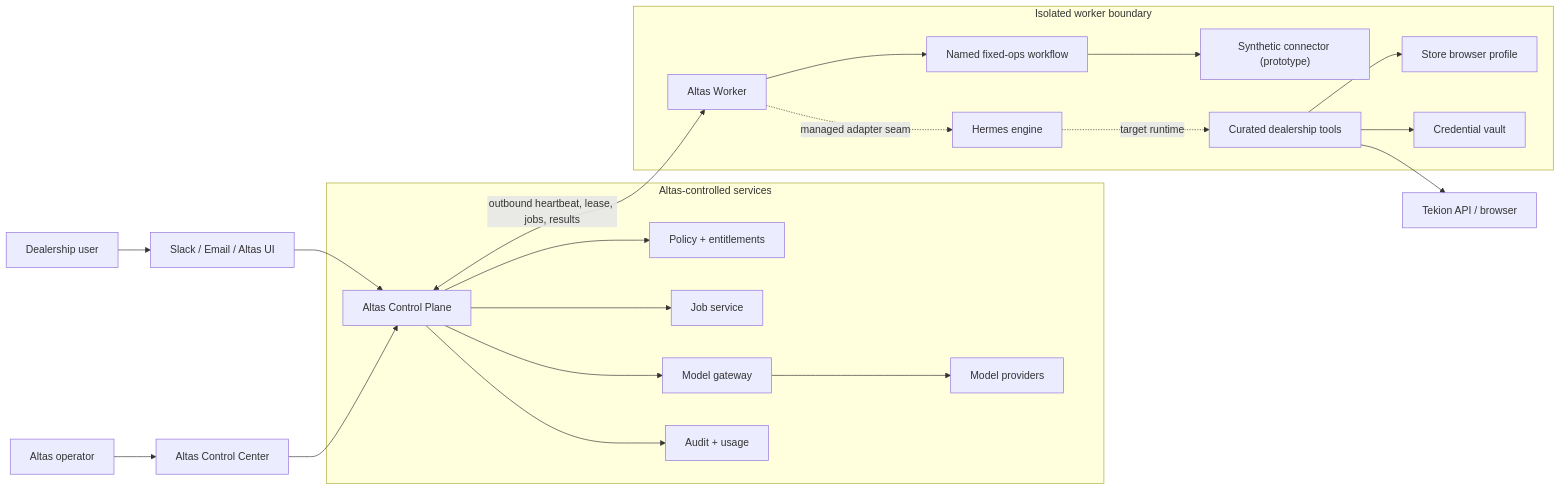
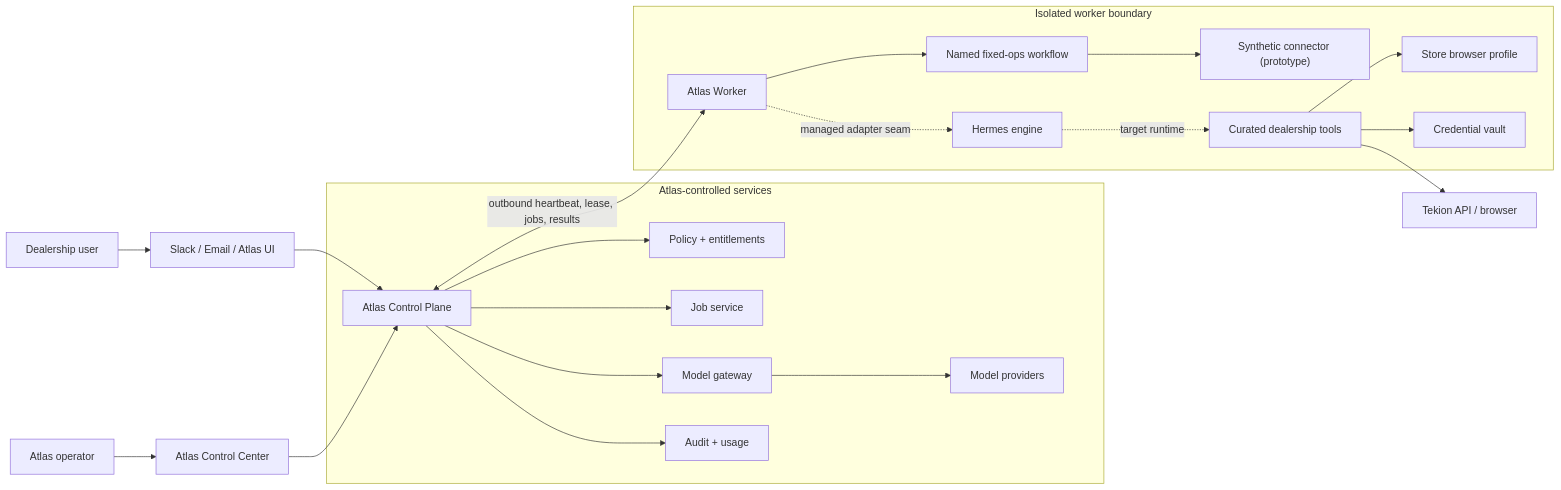
One commit to Seomzo/atlas-platform-experiments changed the first of 3 diagrams in docs/altas/ARCHITECTURE.md. Above: the diagram before and after it, drawn with Mermaid. The commit also changed other lines of this file and 230 other files, not shown here.

````diff
--- a/docs/altas/ARCHITECTURE.md
+++ b/docs/altas/ARCHITECTURE.md
@@ -15,27 +15,27 @@
 ```mermaid
 flowchart LR
-    U["Dealership user"] --> C["Slack / Email / Altas UI"]
-    O["Altas operator"] --> CC["Altas Control Center"]
-    C --> CP["Altas Control Plane"]
+    U["Dealership user"] --> C["Slack / Email / Atlas UI"]
+    O["Atlas operator"] --> CC["Atlas Control Center"]
+    C --> CP["Atlas Control Plane"]
     CC --> CP
 
-    subgraph Cloud["Altas-controlled services"]
+    subgraph Cloud["Atlas-controlled services"]
       CP --> P["Policy + entitlements"]
       CP --> J["Job service"]
       CP --> M["Model gateway"]
       CP --> A["Audit + usage"]
       M --> MP["Model providers"]
     end
 
     subgraph Store["Isolated worker boundary"]
-      W["Altas Worker"] --> F["Named fixed-ops workflow"]
+      W["Atlas Worker"] --> F["Named fixed-ops workflow"]
       F --> X["Synthetic connector (prototype)"]
       W -. "managed adapter seam" .-> E["Hermes engine"]
       E -. "target runtime" .-> T["Curated dealership tools"]
       T --> B["Store browser profile"]
       T --> V["Credential vault"]
     end
 
     CP <-->|"outbound heartbeat, lease, jobs, results"| W
     T --> TK["Tekion API / browser"]
 ```
````
